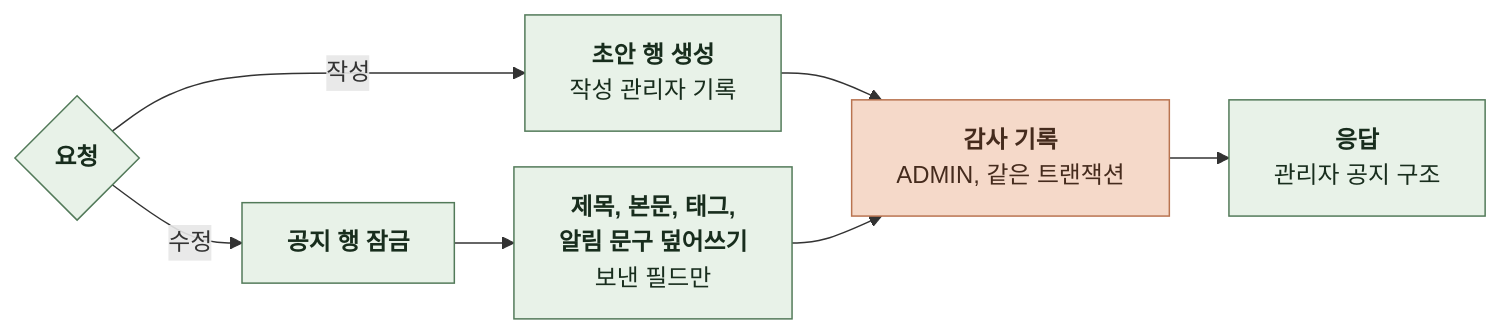
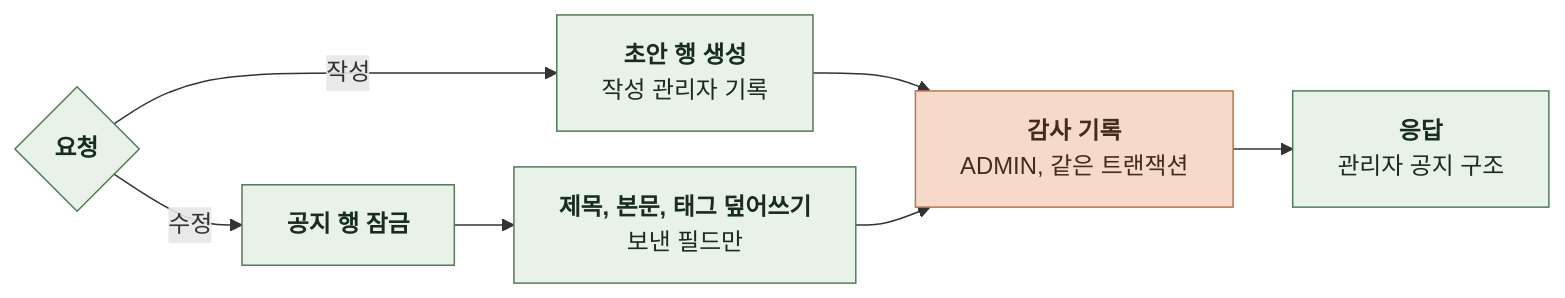
One commit to KIM-N-KANG/knk-harness changed the second of 7 diagrams in docs/domain/NOTICE/BACKEND/4-1-PIPELINES.md. Above: the diagram before and after it, drawn with Mermaid. The commit also changed other lines of this file and 35 other files, not shown here.

````diff
--- a/docs/domain/NOTICE/BACKEND/4-1-PIPELINES.md
+++ b/docs/domain/NOTICE/BACKEND/4-1-PIPELINES.md
@@ -46,19 +46,18 @@
 ```mermaid
 %%{init: {"flowchart": {"curve": "basis", "nodeSpacing": 24, "rankSpacing": 40}}}%%
 flowchart LR
     A{"`**요청**`"} -->|작성| B["`**초안 행 생성**
 작성 관리자 기록`"]
     A -->|수정| C["`**공지 행 잠금**`"]
-    C --> D["`**제목, 본문, 태그,
-알림 문구 덮어쓰기**
+    C --> D["`**제목, 본문, 태그 덮어쓰기**
 보낸 필드만`"]
     B --> E["`**감사 기록**
 ADMIN, 같은 트랜잭션`"]
     D --> E
     E --> F["`**응답**
 관리자 공지 구조`"]
     classDef comp fill:#E8F2E8,stroke:#527A59,color:#182D1D
     classDef task fill:#F5D9C9,stroke:#B97450,color:#452B1D
     class A,B,C,D,F comp
     class E task
 ```
````
